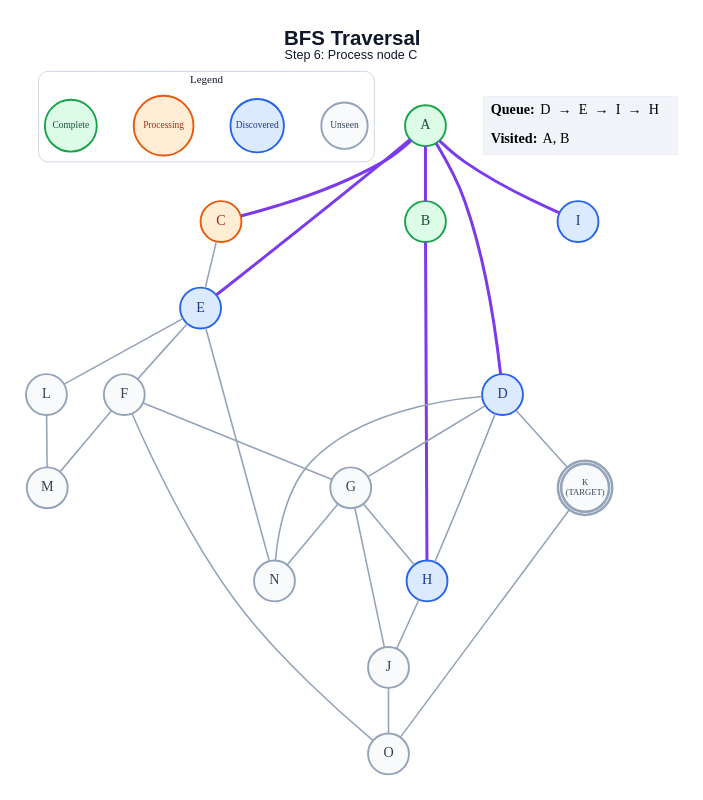
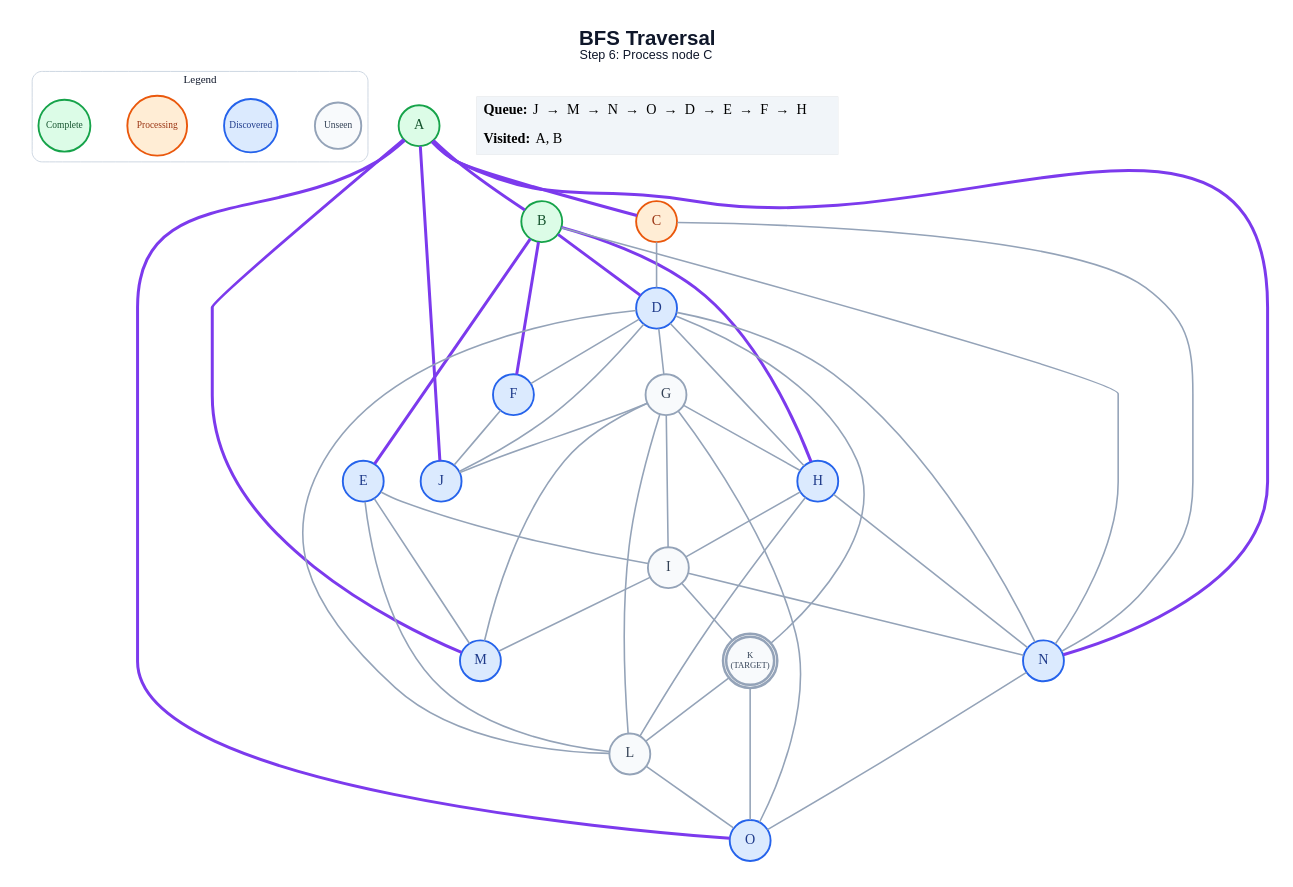
One commit to anon7238593-create/ai-slop changed the diagram in generated/specific-node/bfs/step_06.dot. Above: the diagram before and after it, drawn with Graphviz. The commit also changed 280 other files, not shown here.

```diff
--- a/generated/specific-node/bfs/step_06.dot
+++ b/generated/specific-node/bfs/step_06.dot
@@ -1,58 +1,74 @@
 graph traversal {
   graph [layout=dot, rankdir=TB, bgcolor="#FFFFFF", pad="0.35", nodesep="0.65", ranksep="0.8", fontname="Arial"];
   node [shape=circle, style="filled", fontname="Arial Bold", fontsize=18, width=0.72, fixedsize=true, penwidth=2.4];
   edge [color="#94A3B8", penwidth=2.0];
   label=<<B>BFS Traversal</B><BR/><FONT POINT-SIZE="16">Step 6: Process node C</FONT>>; labelloc="t"; fontsize=26; fontname="Arial"; fontcolor="#0F172A";
   subgraph cluster_legend { label="Legend"; color="#CBD5E1"; penwidth=1.2; style="rounded"; fontsize=14; fontname="Arial Bold";
     key_unseen [label="Unseen", fillcolor="#F8FAFC", color="#94A3B8", fontcolor="#334155", fontsize=12, width=0.82];
     key_frontier [label="Discovered", fillcolor="#DBEAFE", color="#2563EB", fontcolor="#1E3A8A", fontsize=12, width=0.95];
     key_current [label="Processing", fillcolor="#FFEDD5", color="#EA580C", fontcolor="#9A3412", fontsize=12, width=1.05];
     key_done [label="Complete", fillcolor="#DCFCE7", color="#16A34A", fontcolor="#14532D", fontsize=12, width=0.92];
     { rank=same; key_unseen; key_frontier; key_current; key_done; }
   }
   A [label="A", fillcolor="#DCFCE7", color="#16A34A", fontcolor="#14532D", peripheries=1, penwidth=2.4];
   B [label="B", fillcolor="#DCFCE7", color="#16A34A", fontcolor="#14532D", peripheries=1, penwidth=2.4];
   C [label="C", fillcolor="#FFEDD5", color="#EA580C", fontcolor="#9A3412", peripheries=1, penwidth=2.4];
   D [label="D", fillcolor="#DBEAFE", color="#2563EB", fontcolor="#1E3A8A", peripheries=1, penwidth=2.4];
   E [label="E", fillcolor="#DBEAFE", color="#2563EB", fontcolor="#1E3A8A", peripheries=1, penwidth=2.4];
-  F [label="F", fillcolor="#F8FAFC", color="#94A3B8", fontcolor="#334155", peripheries=1, penwidth=2.4];
+  F [label="F", fillcolor="#DBEAFE", color="#2563EB", fontcolor="#1E3A8A", peripheries=1, penwidth=2.4];
   G [label="G", fillcolor="#F8FAFC", color="#94A3B8", fontcolor="#334155", peripheries=1, penwidth=2.4];
   H [label="H", fillcolor="#DBEAFE", color="#2563EB", fontcolor="#1E3A8A", peripheries=1, penwidth=2.4];
-  I [label="I", fillcolor="#DBEAFE", color="#2563EB", fontcolor="#1E3A8A", peripheries=1, penwidth=2.4];
-  J [label="J", fillcolor="#F8FAFC", color="#94A3B8", fontcolor="#334155", peripheries=1, penwidth=2.4];
+  I [label="I", fillcolor="#F8FAFC", color="#94A3B8", fontcolor="#334155", peripheries=1, penwidth=2.4];
+  J [label="J", fillcolor="#DBEAFE", color="#2563EB", fontcolor="#1E3A8A", peripheries=1, penwidth=2.4];
   K [label="K\n(TARGET)", fillcolor="#F8FAFC", color="#94A3B8", fontcolor="#334155", peripheries=2, penwidth=3.2, fontsize=11, width=0.85, height=0.85];
   L [label="L", fillcolor="#F8FAFC", color="#94A3B8", fontcolor="#334155", peripheries=1, penwidth=2.4];
-  M [label="M", fillcolor="#F8FAFC", color="#94A3B8", fontcolor="#334155", peripheries=1, penwidth=2.4];
-  N [label="N", fillcolor="#F8FAFC", color="#94A3B8", fontcolor="#334155", peripheries=1, penwidth=2.4];
-  O [label="O", fillcolor="#F8FAFC", color="#94A3B8", fontcolor="#334155", peripheries=1, penwidth=2.4];
+  M [label="M", fillcolor="#DBEAFE", color="#2563EB", fontcolor="#1E3A8A", peripheries=1, penwidth=2.4];
+  N [label="N", fillcolor="#DBEAFE", color="#2563EB", fontcolor="#1E3A8A", peripheries=1, penwidth=2.4];
+  O [label="O", fillcolor="#DBEAFE", color="#2563EB", fontcolor="#1E3A8A", peripheries=1, penwidth=2.4];
   A -- B [color="#7C3AED", penwidth=3.8];
   A -- C [color="#7C3AED", penwidth=3.8];
-  A -- D [color="#7C3AED", penwidth=3.8];
-  A -- E [color="#7C3AED", penwidth=3.8];
-  A -- I [color="#7C3AED", penwidth=3.8];
+  A -- J [color="#7C3AED", penwidth=3.8];
+  A -- M [color="#7C3AED", penwidth=3.8];
+  A -- N [color="#7C3AED", penwidth=3.8];
+  A -- O [color="#7C3AED", penwidth=3.8];
+  B -- D [color="#7C3AED", penwidth=3.8];
+  B -- E [color="#7C3AED", penwidth=3.8];
+  B -- F [color="#7C3AED", penwidth=3.8];
   B -- H [color="#7C3AED", penwidth=3.8];
-  C -- E;
+  B -- N;
+  C -- D;
+  C -- N;
+  D -- F;
   D -- G;
   D -- H;
+  D -- J;
   D -- K;
+  D -- L;
   D -- N;
-  E -- F;
+  E -- I;
   E -- L;
-  E -- N;
-  F -- G;
-  F -- M;
-  F -- O;
+  E -- M;
+  F -- J;
   G -- H;
+  G -- I;
   G -- J;
-  G -- N;
-  H -- J;
-  J -- O;
+  G -- L;
+  G -- M;
+  G -- O;
+  H -- I;
+  H -- L;
+  H -- N;
+  I -- K;
+  I -- M;
+  I -- N;
+  K -- L;
   K -- O;
-  L -- M;
+  L -- O;
+  N -- O;
   status [shape=plain, fixedsize=false, width=0, height=0, margin=0, label=<
     <TABLE BORDER="0" CELLBORDER="0" CELLPADDING="7" BGCOLOR="#F1F5F9">
-      <TR><TD ALIGN="LEFT"><B>Queue:</B> D  →  E  →  I  →  H</TD></TR>
+      <TR><TD ALIGN="LEFT"><B>Queue:</B> J  →  M  →  N  →  O  →  D  →  E  →  F  →  H</TD></TR>
       <TR><TD ALIGN="LEFT"><B>Visited:</B> A, B</TD></TR>
     </TABLE>
   >];
 }
```
